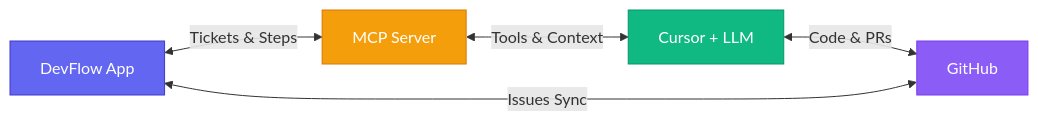
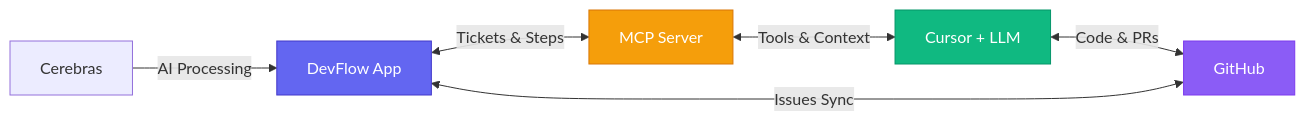
One commit to aziddy/Hackathon-Alexzidros-8090xHighlineBeta changed the first of 2 diagrams in devflow/docs/HACKATHON-SLIDESHOW.md. Above: the diagram before and after it, drawn with Mermaid. The commit also changed 3 other files, not shown here.

````diff
--- a/devflow/docs/HACKATHON-SLIDESHOW.md
+++ b/devflow/docs/HACKATHON-SLIDESHOW.md
@@ -5,17 +5,19 @@
 ```mermaid
 flowchart LR
     APP[DevFlow App]
     MCP[MCP Server]
     IDE[Cursor + LLM]
     GH[GitHub]
+    CB[Cerebras]
 
     APP <-->|Tickets & Steps| MCP
     MCP <-->|Tools & Context| IDE
     IDE <-->|Code & PRs| GH
     GH <-->|Issues Sync| APP
+    CB -->|AI Processing| APP
 
     style APP fill:#6366f1,stroke:#4338ca,color:#fff
     style MCP fill:#f59e0b,stroke:#d97706,color:#fff
     style IDE fill:#10b981,stroke:#059669,color:#fff
     style GH fill:#8b5cf6,stroke:#7c3aed,color:#fff
 ```
````
